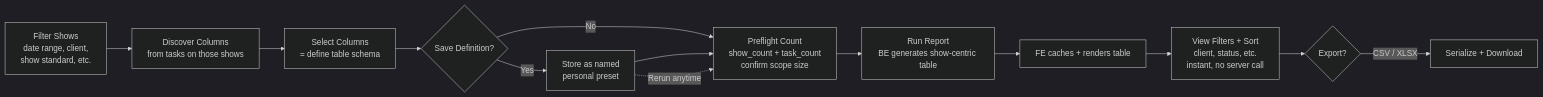
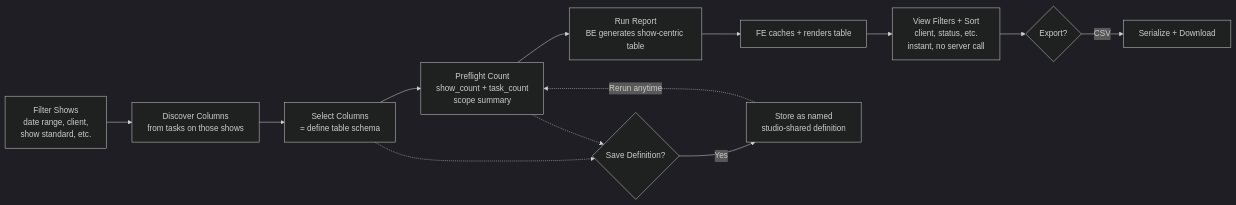
One commit to allenlin90/eridu-services changed the first of 5 diagrams in docs/prd/task-submission-reporting.md. Above: the diagram before and after it, drawn with Mermaid (dark theme). The commit also changed other lines of this file and 123 other files, not shown here.

````diff
--- a/docs/prd/task-submission-reporting.md
+++ b/docs/prd/task-submission-reporting.md
@@ -70,15 +76,15 @@
 ```mermaid
 flowchart LR
     A[Filter Shows<br/>date range, client,<br/>show standard, etc.] --> B[Discover Columns<br/>from tasks on those shows]
     B --> C[Select Columns<br/>= define table schema]
-    C --> S{Save Definition?}
-    S -->|Yes| I[Store as named<br/>personal preset]
-    S -->|No| P
-    I --> P[Preflight Count<br/>show_count + task_count<br/>confirm scope size]
+    C --> P[Preflight Count<br/>show_count + task_count<br/>scope summary]
     P --> D[Run Report<br/>BE generates show-centric table]
     D --> F[FE caches + renders table]
     F --> V[View Filters + Sort<br/>client, status, etc.<br/>instant, no server call]
     V --> G{Export?}
-    G -->|CSV / XLSX| H[Serialize + Download]
+    G -->|CSV| H[Serialize + Download]
+    C -.-> S{Save Definition?}
+    P -.-> S
+    S -->|Yes| I[Store as named<br/>studio-shared definition]
     I -.->|Rerun anytime| P
 ```
````
